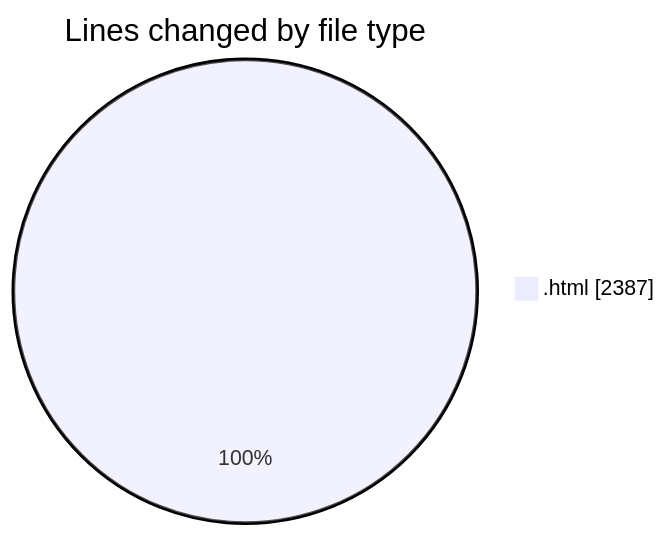
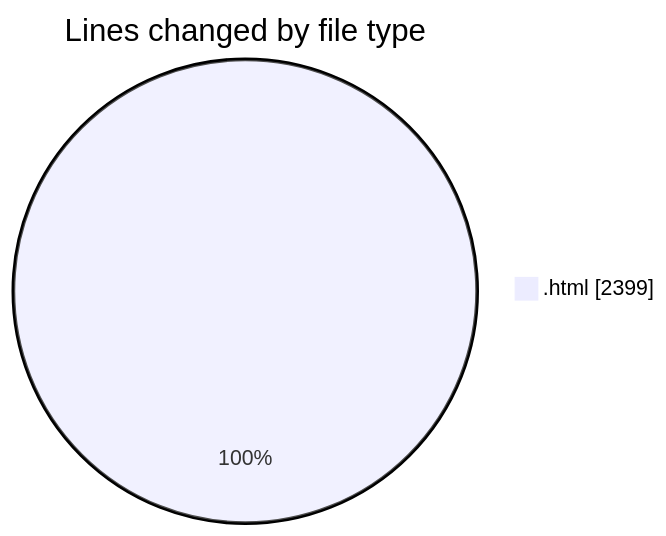
Before and after one commit to LanceThiago/code-tracking: the first of 2 diagrams in 2025-04-24/enre_-_calculadora_de_consumo_v_2022_files/README.md, drawn with Mermaid. The commit also changed other lines of this file and 1 other file, not shown here.

````diff
--- a/2025-04-24/enre_-_calculadora_de_consumo_v_2022_files/README.md
+++ b/2025-04-24/enre_-_calculadora_de_consumo_v_2022_files/README.md
@@ -20,5 +20,5 @@
 ```mermaid
 pie showData
 title Lines changed by file type
-".html" : 2387
+".html" : 2399
 ```
````
